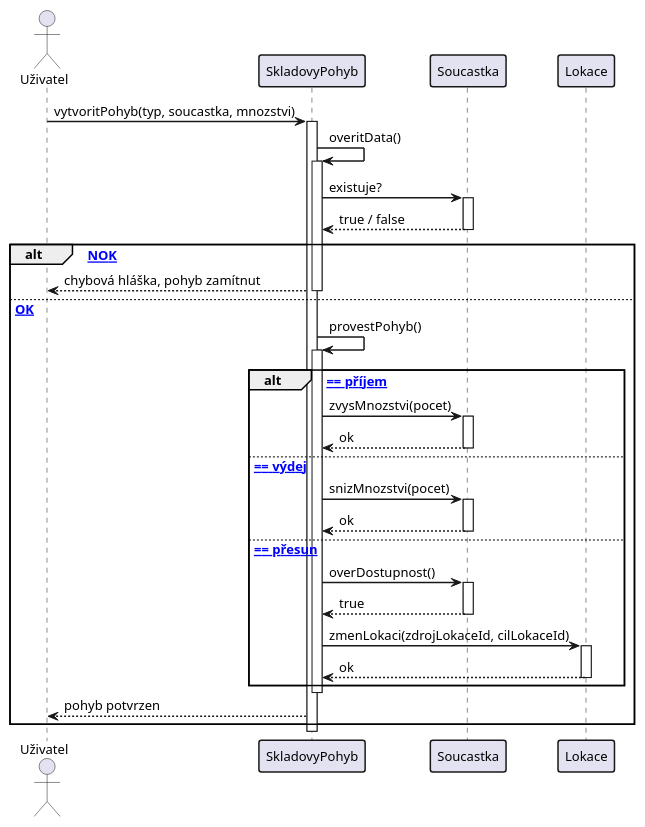
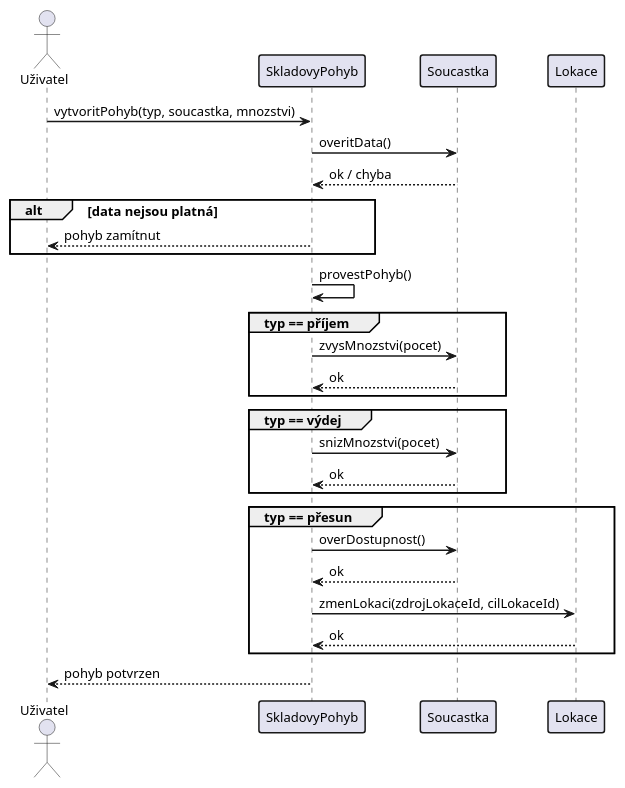
One commit to lkvapil/wms-elektronicke-soucastky changed the diagram in diagrams/13_sequence_pohyb.puml. Above: the diagram before and after it, drawn with PlantUML. The commit also changed 2 other files, not shown here.

Commit message:
docs: přepracování sekvenčního diagramu pro přehlednost

```diff
--- a/diagrams/13_sequence_pohyb.puml
+++ b/diagrams/13_sequence_pohyb.puml
@@ -1,58 +1,41 @@
 @startuml
 skinparam defaultFontSize 13
 skinparam sequenceArrowThickness 1.5
 skinparam sequenceParticipantBorderThickness 1.5
+skinparam sequenceGroupBorderThickness 1.5
+skinparam sequenceBoxBorderColor #888888
 
 actor "Uživatel" as Uzivatel
 participant "SkladovyPohyb" as Pohyb
 participant "Soucastka" as Soucastka
 participant "Lokace" as Lokace
 
 Uzivatel -> Pohyb : vytvoritPohyb(typ, soucastka, mnozstvi)
-activate Pohyb
+Pohyb -> Soucastka : overitData()
+Soucastka --> Pohyb : ok / chyba
 
-Pohyb -> Pohyb : overitData()
-activate Pohyb
-
-Pohyb -> Soucastka : existuje?
-activate Soucastka
-Soucastka --> Pohyb : true / false
-deactivate Soucastka
-
-alt [data NOK]
-    Pohyb --> Uzivatel : chybová hláška, pohyb zamítnut
-else [data OK]
-    deactivate Pohyb
-
-    Pohyb -> Pohyb : provestPohyb()
-    activate Pohyb
-
-    alt [typ == příjem]
-        Pohyb -> Soucastka : zvysMnozstvi(pocet)
-        activate Soucastka
-        Soucastka --> Pohyb : ok
-        deactivate Soucastka
-
-    else [typ == výdej]
-        Pohyb -> Soucastka : snizMnozstvi(pocet)
-        activate Soucastka
-        Soucastka --> Pohyb : ok
-        deactivate Soucastka
-
-    else [typ == přesun]
-        Pohyb -> Soucastka : overDostupnost()
-        activate Soucastka
-        Soucastka --> Pohyb : true
-        deactivate Soucastka
-        Pohyb -> Lokace : zmenLokaci(zdrojLokaceId, cilLokaceId)
-        activate Lokace
-        Lokace --> Pohyb : ok
-        deactivate Lokace
-    end
-
-    deactivate Pohyb
-    Pohyb --> Uzivatel : pohyb potvrzen
+alt data nejsou platná
+    Pohyb --> Uzivatel : pohyb zamítnut
 end
 
-deactivate Pohyb
+Pohyb -> Pohyb : provestPohyb()
+
+group typ == příjem
+    Pohyb -> Soucastka : zvysMnozstvi(pocet)
+    Soucastka --> Pohyb : ok
+end
+
+group typ == výdej
+    Pohyb -> Soucastka : snizMnozstvi(pocet)
+    Soucastka --> Pohyb : ok
+end
+
+group typ == přesun
+    Pohyb -> Soucastka : overDostupnost()
+    Soucastka --> Pohyb : ok
+    Pohyb -> Lokace : zmenLokaci(zdrojLokaceId, cilLokaceId)
+    Lokace --> Pohyb : ok
+end
+
+Pohyb --> Uzivatel : pohyb potvrzen
 @enduml
```
